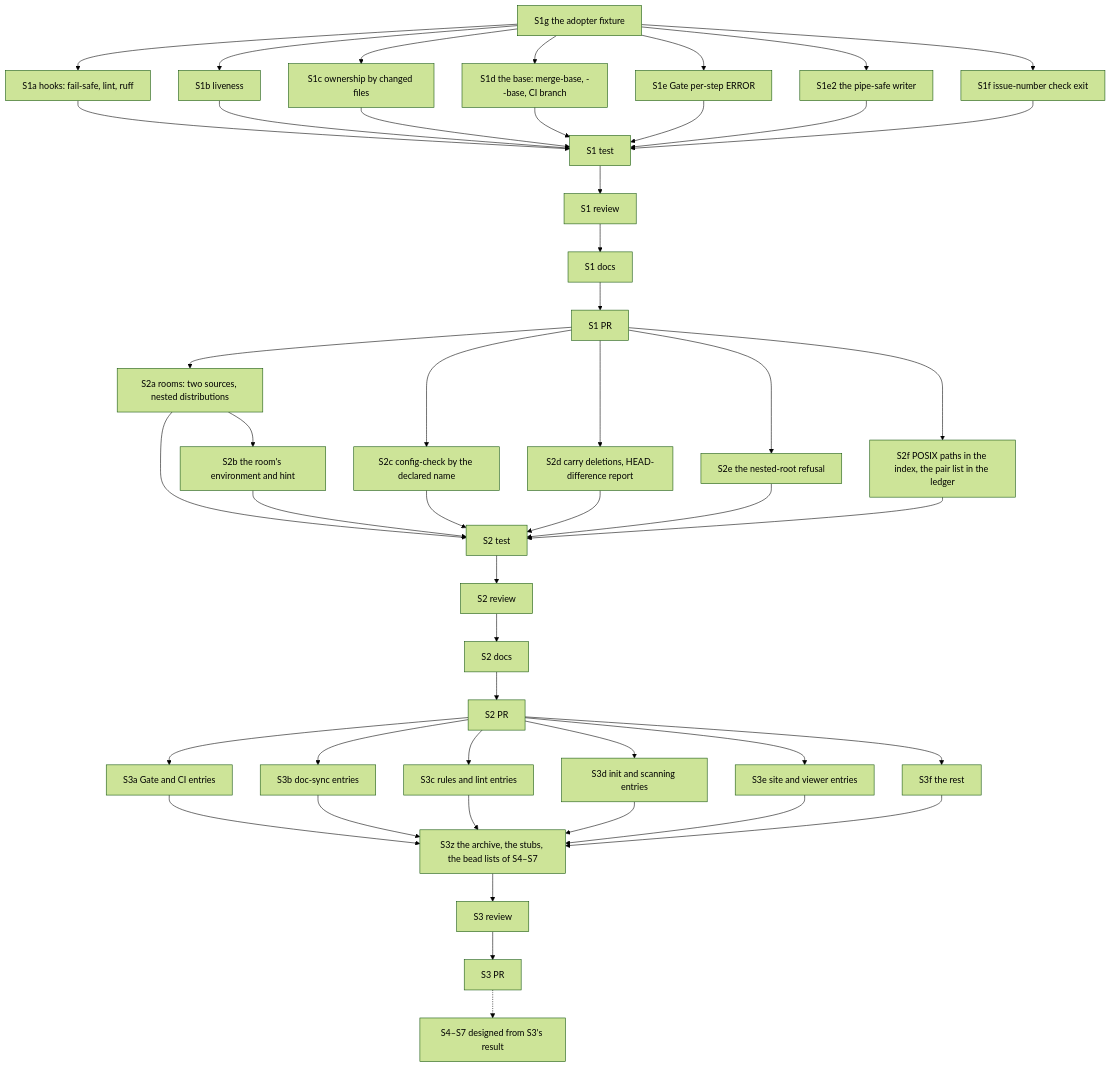
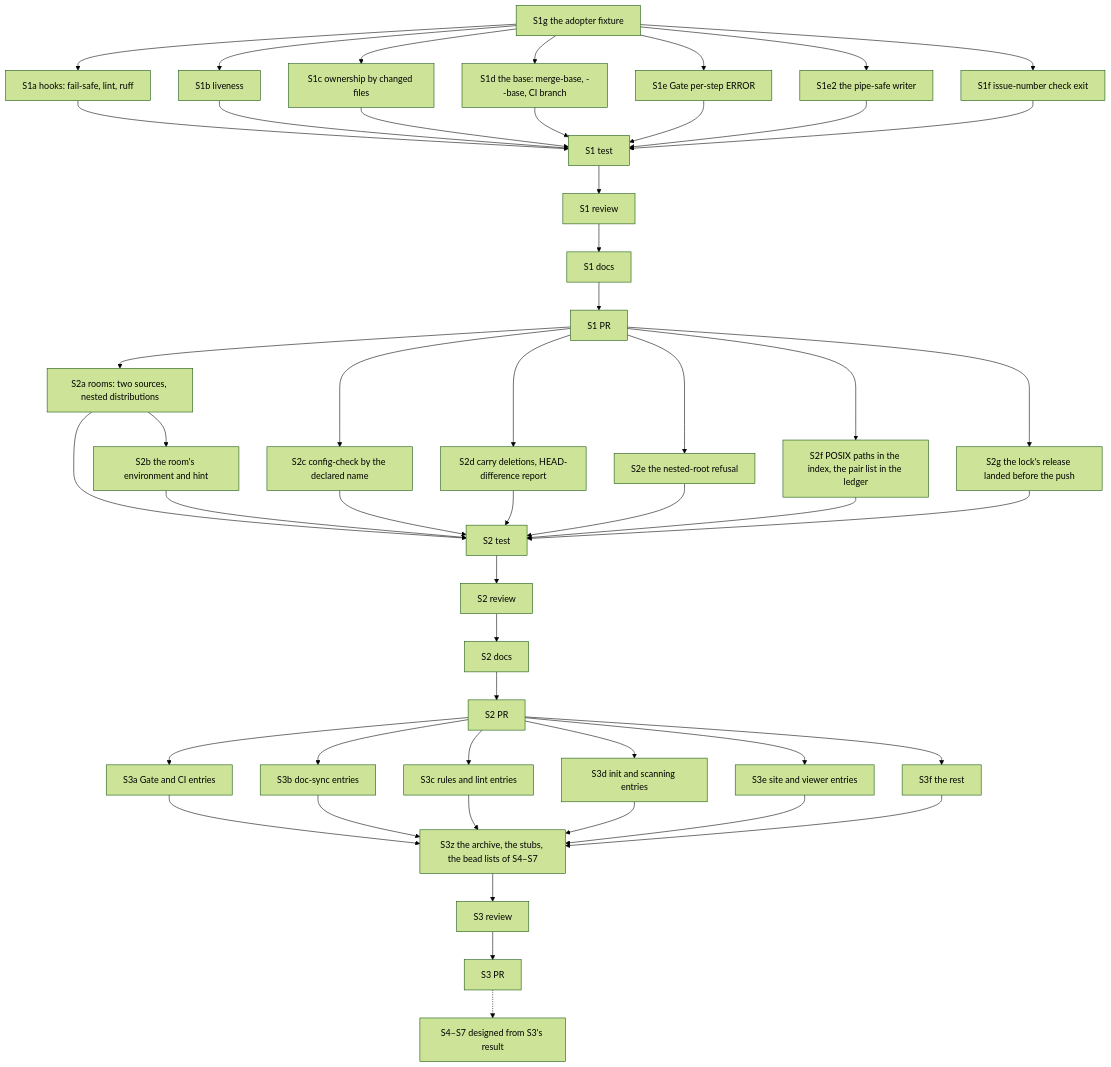
One commit to zoologov/beadloom changed the diagram in .claude/development/docs/features/BDL-083/PLAN.md. Above: the diagram before and after it, drawn with Mermaid (forest theme). The commit also changed other lines of this file and 6 other files, not shown here.

First line of the commit message:
[BDL-083] docs: BDL-UX #354 filed and taken into the epic as S2g — D12: the landing lock's release is exported and landed before the push; the pre-push hook refuses a tree whose export holds the slot

````diff
--- a/.claude/development/docs/features/BDL-083/PLAN.md
+++ b/.claude/development/docs/features/BDL-083/PLAN.md
@@ -17,45 +17,47 @@
 ```mermaid
 graph TD
     S1g[S1g the adopter fixture] --> S1a[S1a hooks: fail-safe, lint, ruff]
     S1g --> S1b[S1b liveness]
     S1g --> S1c[S1c ownership by changed files]
     S1g --> S1d[S1d the base: merge-base, --base, CI branch]
     S1g --> S1e[S1e Gate per-step ERROR]
     S1g --> S1e2[S1e2 the pipe-safe writer]
     S1g --> S1f[S1f issue-number check exit]
     S1a --> S1T[S1 test]
     S1b --> S1T
     S1c --> S1T
     S1d --> S1T
     S1e --> S1T
     S1e2 --> S1T
     S1f --> S1T
     S1T --> S1R[S1 review] --> S1W[S1 docs] --> S1P[S1 PR]
     S1P --> S2a[S2a rooms: two sources, nested distributions]
     S1P --> S2c[S2c config-check by the declared name]
     S1P --> S2d[S2d carry deletions, HEAD-difference report]
     S1P --> S2e[S2e the nested-root refusal]
     S1P --> S2f[S2f POSIX paths in the index, the pair list in the ledger]
+    S1P --> S2g[S2g the lock's release landed before the push]
     S2a --> S2b[S2b the room's environment and hint]
     S2a --> S2T[S2 test]
     S2b --> S2T
     S2c --> S2T
     S2d --> S2T
     S2e --> S2T
     S2f --> S2T
+    S2g --> S2T
     S2T --> S2R[S2 review] --> S2W[S2 docs] --> S2P[S2 PR]
     S2P --> S3a[S3a Gate and CI entries]
     S2P --> S3b[S3b doc-sync entries]
     S2P --> S3c[S3c rules and lint entries]
     S2P --> S3d[S3d init and scanning entries]
     S2P --> S3e[S3e site and viewer entries]
     S2P --> S3f[S3f the rest]
     S3a --> S3z[S3z the archive, the stubs, the bead lists of S4–S7]
     S3b --> S3z
     S3c --> S3z
     S3d --> S3z
     S3e --> S3z
     S3f --> S3z
     S3z --> S3R[S3 review] --> S3P[S3 PR]
     S3P -.-> S4[S4–S7 designed from S3's result]
 ```
````
